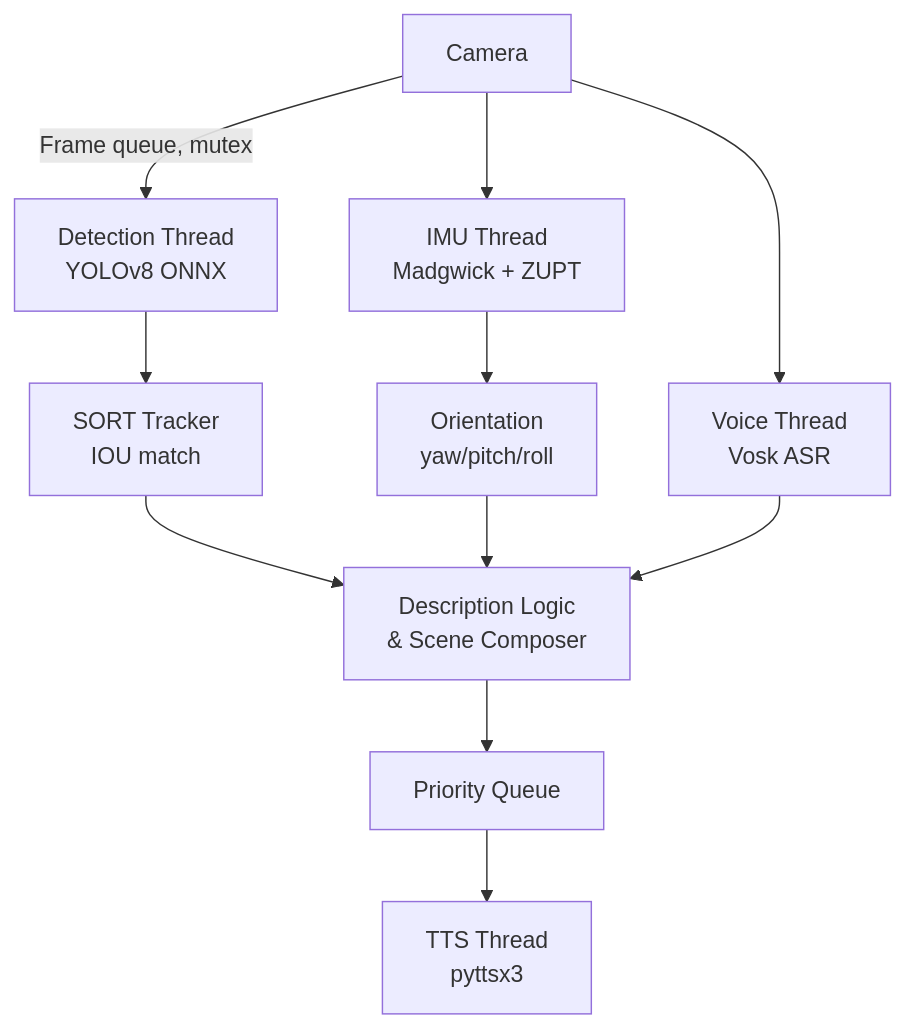
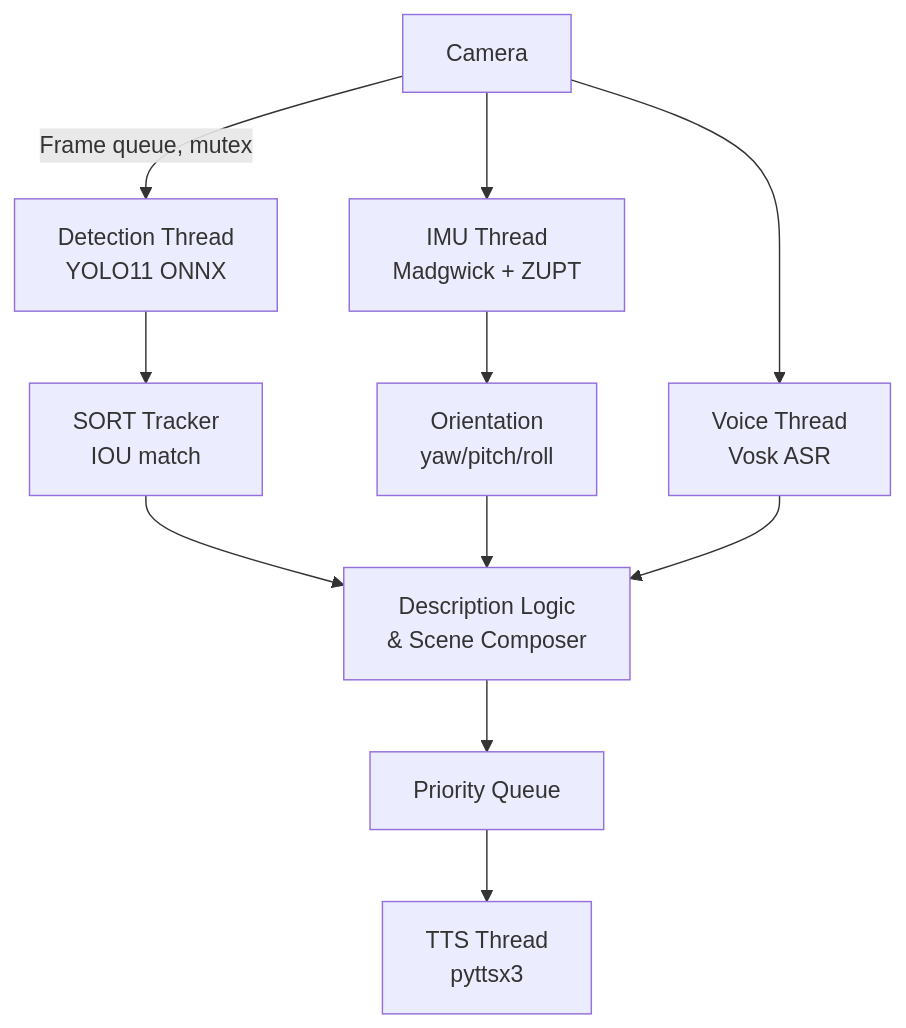
One commit to ryan7302/Assistive-Object-Detection-System changed the second of 2 diagrams in README.md. Above: the diagram before and after it, drawn with Mermaid. The commit also changed other lines of this file, not shown here.

Commit message:
README: match the code (YOLO11, ICM-20948, ahrs Madgwick, real voice commands) and add setup steps

````diff
--- a/README.md
+++ b/README.md
@@ -93,16 +93,16 @@
 ```mermaid
 flowchart TD
-    Camera[Camera] -->|Frame queue, mutex| DetectionThread[Detection Thread<br/>YOLOv8 ONNX]
+    Camera[Camera] -->|Frame queue, mutex| DetectionThread[Detection Thread<br/>YOLO11 ONNX]
     Camera --> IMUThread[IMU Thread<br/>Madgwick + ZUPT]
     Camera --> VoiceThread[Voice Thread<br/>Vosk ASR]
     
     DetectionThread --> SORT[SORT Tracker<br/>IOU match]
     IMUThread --> Orientation[Orientation<br/>yaw/pitch/roll]
     
     SORT --> Desc[Description Logic<br/>& Scene Composer]
     Orientation --> Desc
     VoiceThread --> Desc
     
     Desc --> PQ[Priority Queue]
     PQ --> TTS[TTS Thread<br/>pyttsx3]
 ```
````
